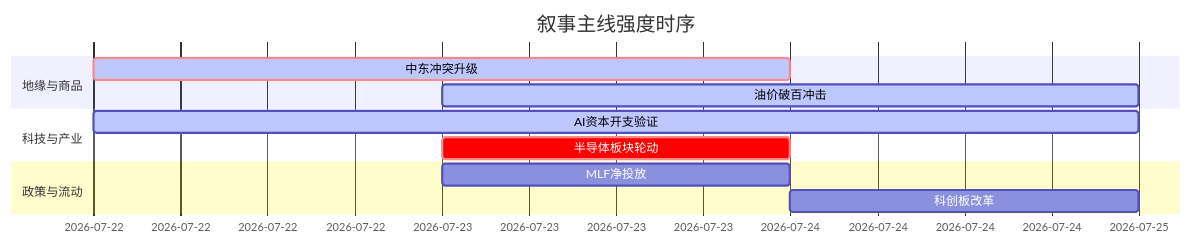
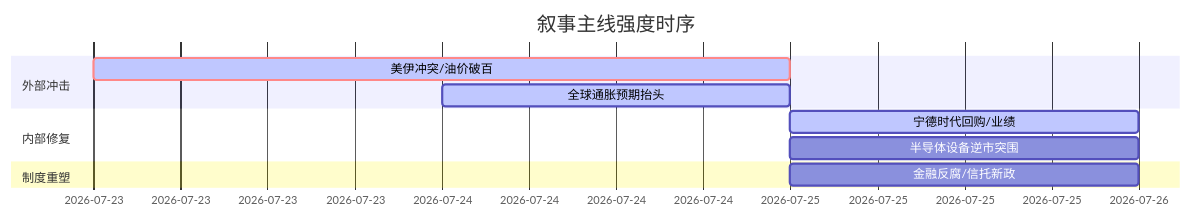
One commit to uu5zn/uu5zn.github.io changed the diagram in 5day_report.md. Above: the diagram before and after it, drawn with Mermaid. The commit also changed other lines of this file and 4 other files, not shown here.

````diff
--- a/5day_report.md
+++ b/5day_report.md
@@ -53,16 +54,15 @@
 ```mermaid
 gantt
     title 叙事主线强度时序
     dateFormat YYYY-MM-DD
-    section 地缘与商品
-    中东冲突升级   :crit, active, 2026-07-22, 2d
-    油价破百冲击   :active, 2026-07-23, 2d
+    section 外部冲击
+    美伊冲突/油价破百 :crit, active, 2026-07-23, 2d
+    全球通胀预期抬头   :active, 2026-07-24, 1d
     
-    section 科技与产业
-    AI资本开支验证 :active, 2026-07-22, 3d
-    半导体板块轮动 :crit, 2026-07-23, 1d
+    section 内部修复
+    宁德时代回购/业绩 :active, 2026-07-25, 1d
+    半导体设备逆市突围 :2026-07-25, 1d
     
-    section 政策与流动
-    MLF净投放      :2026-07-23, 1d
-    科创板改革     :2026-07-24, 1d
+    section 制度重塑
+    金融反腐/信托新政 :2026-07-25, 1d
 ```
````
